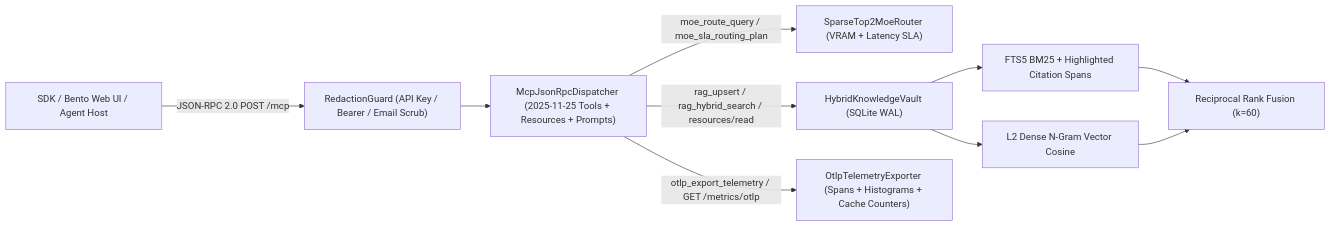
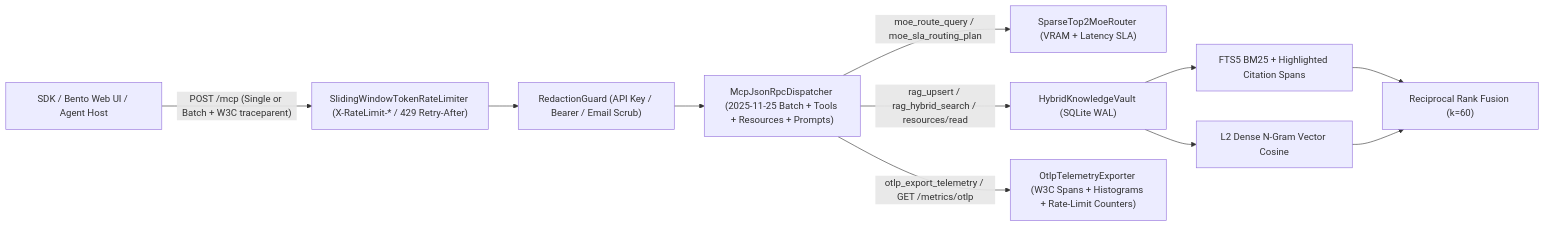
The diagram in README.md (nahianakhtar/mcp-moe-hybrid-sdk), drawn with Mermaid before and after one commit. The commit also changed other lines of this file and 5 other files, not shown here.

Commit message:
feat(mcp-http): add Streamable HTTP JSON-RPC 2.0 batching, W3C traceparent propagation & X-RateLimit-* governance (v1.3.0)

````diff
--- a/README.md
+++ b/README.md
@@ -13,12 +13,13 @@
 ```mermaid
 flowchart LR
-    Client["SDK / Bento Web UI / Agent Host"] -->|"JSON-RPC 2.0 POST /mcp"| Guard["RedactionGuard (API Key / Bearer / Email Scrub)"]
-    Guard --> Disp["McpJsonRpcDispatcher (2025-11-25 Tools + Resources + Prompts)"]
+    Client["SDK / Bento Web UI / Agent Host"] -->|"POST /mcp (Single or Batch + W3C traceparent)"| Limiter["SlidingWindowTokenRateLimiter (X-RateLimit-* / 429 Retry-After)"]
+    Limiter --> Guard["RedactionGuard (API Key / Bearer / Email Scrub)"]
+    Guard --> Disp["McpJsonRpcDispatcher (2025-11-25 Batch + Tools + Resources + Prompts)"]
     Disp -->|"moe_route_query / moe_sla_routing_plan"| Router["SparseTop2MoeRouter (VRAM + Latency SLA)"]
     Disp -->|"rag_upsert / rag_hybrid_search / resources/read"| Vault["HybridKnowledgeVault (SQLite WAL)"]
-    Disp -->|"otlp_export_telemetry / GET /metrics/otlp"| OTLP["OtlpTelemetryExporter (Spans + Histograms + Cache Counters)"]
+    Disp -->|"otlp_export_telemetry / GET /metrics/otlp"| OTLP["OtlpTelemetryExporter (W3C Spans + Histograms + Rate-Limit Counters)"]
     Vault --> FTS["FTS5 BM25 + Highlighted Citation Spans"]
     Vault --> Vec["L2 Dense N-Gram Vector Cosine"]
     FTS --> RRF["Reciprocal Rank Fusion (k=60)"]
     Vec --> RRF
 ```
````
